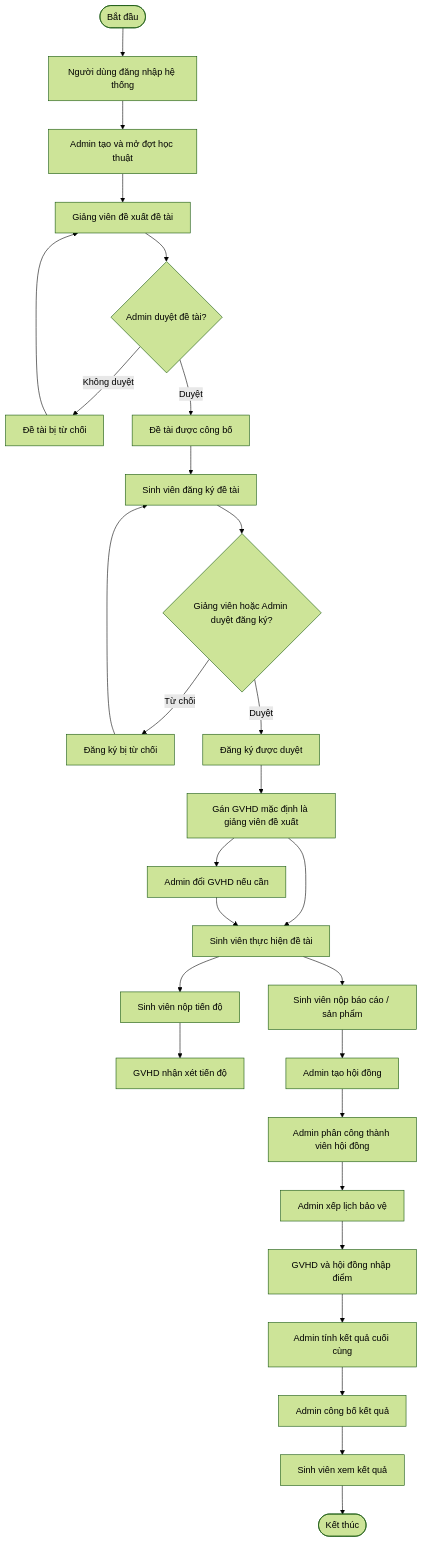
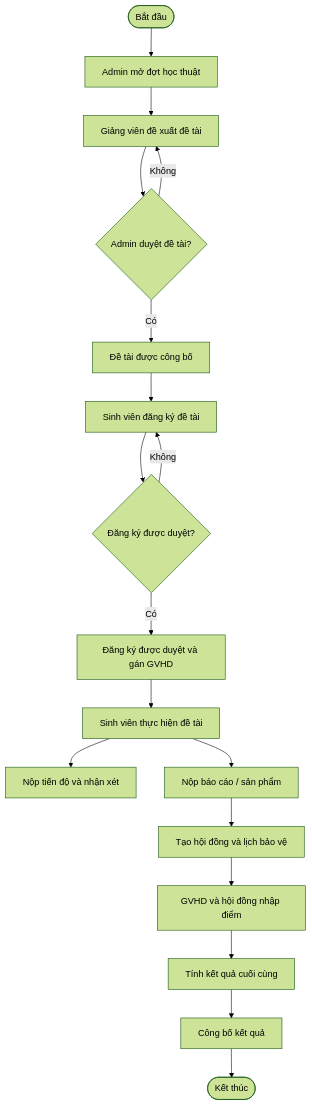
The fifth of 13 diagrams in docs/diagrams_research_thesis_portal.md (VanTruong475/research-thesis-portal), drawn with Mermaid (forest theme) before and after one commit. The commit also changed other lines of this file, not shown here.

Commit message:
docs(diagrams): simplify thesis report diagrams

````diff
--- a/docs/diagrams_research_thesis_portal.md
+++ b/docs/diagrams_research_thesis_portal.md
@@ -207,56 +201,37 @@
 ```mermaid
 flowchart TD
     Start(["Bắt đầu"])
-    Login["Người dùng đăng nhập hệ thống"]
-    Period["Admin tạo và mở đợt học thuật"]
+    Period["Admin mở đợt học thuật"]
     Propose["Giảng viên đề xuất đề tài"]
     TopicReview{"Admin duyệt đề tài?"}
-    RejectTopic["Đề tài bị từ chối"]
     ApprovedTopic["Đề tài được công bố"]
     Register["Sinh viên đăng ký đề tài"]
-    RegistrationReview{"Giảng viên hoặc Admin duyệt đăng ký?"}
-    RejectRegistration["Đăng ký bị từ chối"]
-    ApproveRegistration["Đăng ký được duyệt"]
-    AssignDefaultSupervisor["Gán GVHD mặc định là giảng viên đề xuất"]
-    ChangeSupervisor["Admin đổi GVHD nếu cần"]
+    RegistrationReview{"Đăng ký được duyệt?"}
+    ApproveRegistration["Đăng ký được duyệt và gán GVHD"]
     Execute["Sinh viên thực hiện đề tài"]
-    SubmitProgress["Sinh viên nộp tiến độ"]
-    CommentProgress["GVHD nhận xét tiến độ"]
-    SubmitReport["Sinh viên nộp báo cáo / sản phẩm"]
-    CreateCouncil["Admin tạo hội đồng"]
-    AssignMembers["Admin phân công thành viên hội đồng"]
-    ScheduleDefense["Admin xếp lịch bảo vệ"]
+    Progress["Nộp tiến độ và nhận xét"]
+    Report["Nộp báo cáo / sản phẩm"]
+    Council["Tạo hội đồng và lịch bảo vệ"]
     Score["GVHD và hội đồng nhập điểm"]
-    Calculate["Admin tính kết quả cuối cùng"]
-    Publish["Admin công bố kết quả"]
-    StudentView["Sinh viên xem kết quả"]
+    Calculate["Tính kết quả cuối cùng"]
+    Publish["Công bố kết quả"]
     End(["Kết thúc"])
 
-    Start --> Login
-    Login --> Period
+    Start --> Period
     Period --> Propose
     Propose --> TopicReview
-    TopicReview -->|"Không duyệt"| RejectTopic
-    RejectTopic --> Propose
-    TopicReview -->|"Duyệt"| ApprovedTopic
+    TopicReview -->|"Không"| Propose
+    TopicReview -->|"Có"| ApprovedTopic
     ApprovedTopic --> Register
     Register --> RegistrationReview
-    RegistrationReview -->|"Từ chối"| RejectRegistration
-    RejectRegistration --> Register
-    RegistrationReview -->|"Duyệt"| ApproveRegistration
-    ApproveRegistration --> AssignDefaultSupervisor
-    AssignDefaultSupervisor --> ChangeSupervisor
-    AssignDefaultSupervisor --> Execute
-    ChangeSupervisor --> Execute
-    Execute --> SubmitProgress
-    SubmitProgress --> CommentProgress
-    Execute --> SubmitReport
-    SubmitReport --> CreateCouncil
-    CreateCouncil --> AssignMembers
-    AssignMembers --> ScheduleDefense
-    ScheduleDefense --> Score
+    RegistrationReview -->|"Không"| Register
+    RegistrationReview -->|"Có"| ApproveRegistration
+    ApproveRegistration --> Execute
+    Execute --> Progress
+    Execute --> Report
+    Report --> Council
+    Council --> Score
     Score --> Calculate
     Calculate --> Publish
-    Publish --> StudentView
-    StudentView --> End
+    Publish --> End
 ```
````
